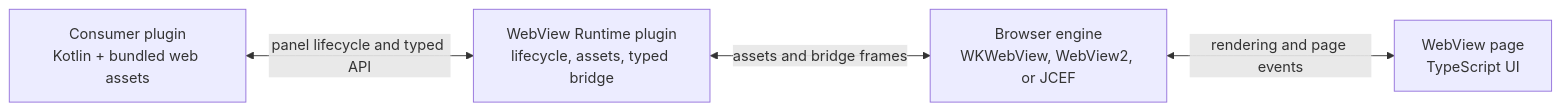
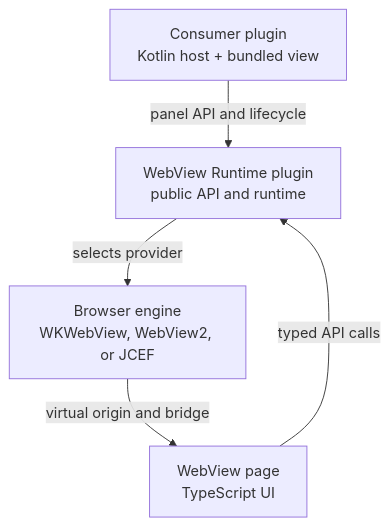
One commit to nerzhulart/intellij-webview changed the first of 5 diagrams in README.md. Above: the diagram before and after it, drawn with Mermaid. The commit also changed other lines of this file and 26 other files, not shown here.

````diff
--- a/README.md
+++ b/README.md
@@ -16,11 +16,7 @@
 ```mermaid
-flowchart LR
-  Consumer["Consumer plugin\nKotlin + bundled web assets"]
-  Runtime["WebView Runtime plugin\nlifecycle, assets, typed bridge"]
-  Page["WebView page\nTypeScript UI"]
-  Engine["Browser engine\nWKWebView, WebView2, or JCEF"]
-
-  Consumer <-->|panel lifecycle and typed API| Runtime
-  Runtime <-->|assets and bridge frames| Engine
-  Engine <-->|rendering and page events| Page
+flowchart TD
+  Consumer["Consumer plugin\nKotlin host + bundled view"] -->|panel API and lifecycle| Runtime["WebView Runtime plugin\npublic API and runtime"]
+  Runtime -->|selects provider| Engine["Browser engine\nWKWebView, WebView2, or JCEF"]
+  Engine -->|virtual origin and bridge| Page["WebView page\nTypeScript UI"]
+  Page -->|typed API calls| Runtime
 ```
````
